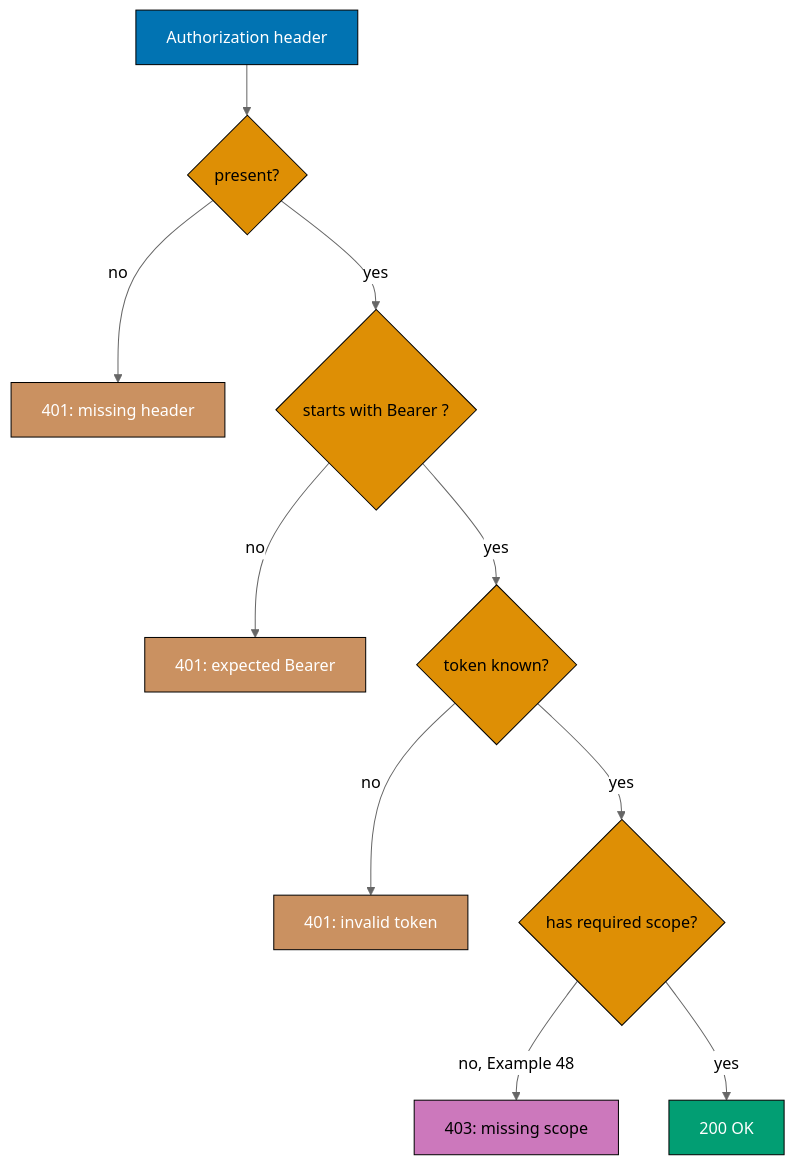
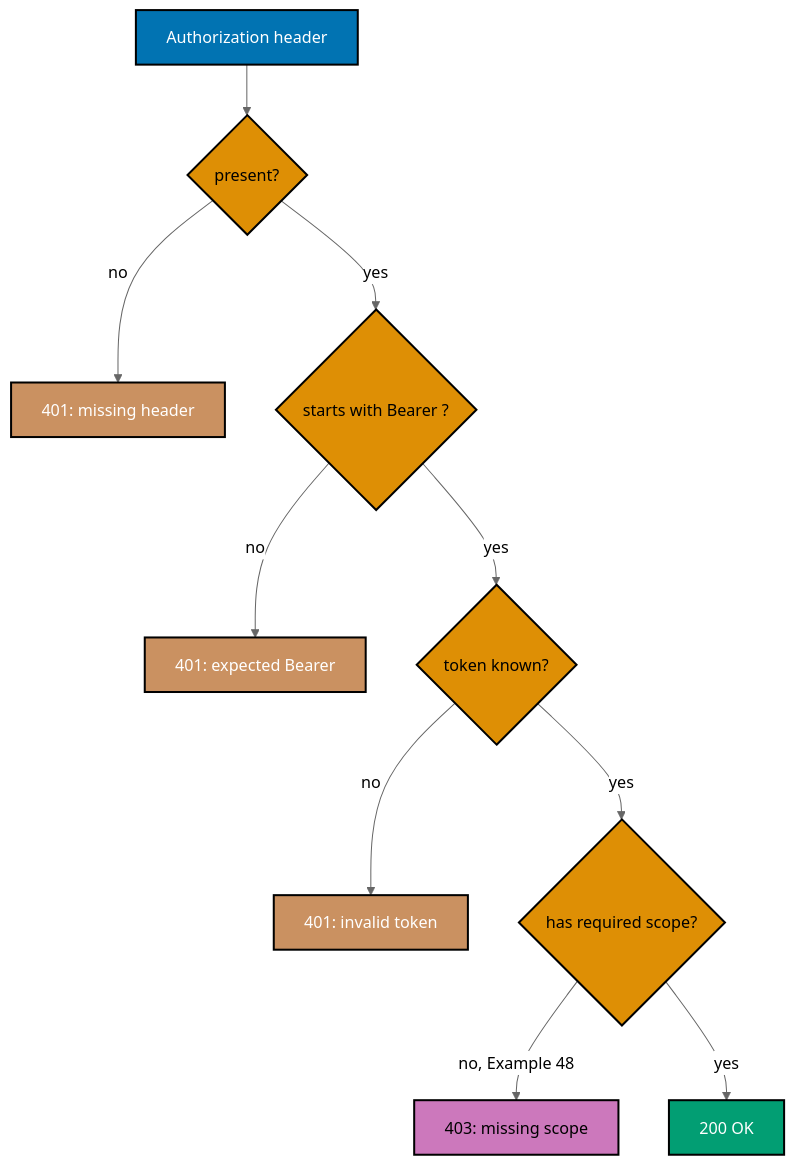
One commit to wahidyankf/open-sharia-fintech changed the sixth of 8 diagrams in apps/ayokoding-www/content/en/learn/courses/api-design/learning/intermediate.md. Above: the diagram before and after it, drawn with Mermaid (neutral theme). The commit also changed other lines of this file and 6 other files, not shown here.

````diff
--- a/apps/ayokoding-www/content/en/learn/courses/api-design/learning/intermediate.md
+++ b/apps/ayokoding-www/content/en/learn/courses/api-design/learning/intermediate.md
@@ -1223,24 +1231,24 @@
 ```mermaid
 %% Color Palette: Blue #0173B2, Orange #DE8F05, Teal #029E73, Purple #CC78BC, Brown #CA9161
 graph TD
     A[Authorization header] --> B{present?}
     B -->|no| C["401: missing header"]
     B -->|yes| D{starts with Bearer ?}
     D -->|no| E["401: expected Bearer"]
     D -->|yes| F{token known?}
     F -->|no| G["401: invalid token"]
     F -->|yes| H{has required scope?}
     H -->|no, Example 48| I["403: missing scope"]
     H -->|yes| J["200 OK"]
 
-    style A fill:#0173B2,stroke:#000,color:#fff
-    style B fill:#DE8F05,stroke:#000,color:#000
-    style D fill:#DE8F05,stroke:#000,color:#000
-    style F fill:#DE8F05,stroke:#000,color:#000
-    style H fill:#DE8F05,stroke:#000,color:#000
-    style C fill:#CA9161,stroke:#000,color:#fff
-    style E fill:#CA9161,stroke:#000,color:#fff
-    style G fill:#CA9161,stroke:#000,color:#fff
-    style I fill:#CC78BC,stroke:#000,color:#000
-    style J fill:#029E73,stroke:#000,color:#fff
+    classDef blue fill:#0173B2,stroke:#000000,color:#FFFFFF,stroke-width:2px
+    classDef orange fill:#DE8F05,stroke:#000000,color:#000000,stroke-width:2px
+    classDef brown fill:#CA9161,stroke:#000000,color:#FFFFFF,stroke-width:2px
+    classDef purple fill:#CC78BC,stroke:#000000,color:#000000,stroke-width:2px
+    classDef teal fill:#029E73,stroke:#000000,color:#FFFFFF,stroke-width:2px
+    class A blue
+    class B,D,F,H orange
+    class C,E,G brown
+    class I purple
+    class J teal
 ```
````
